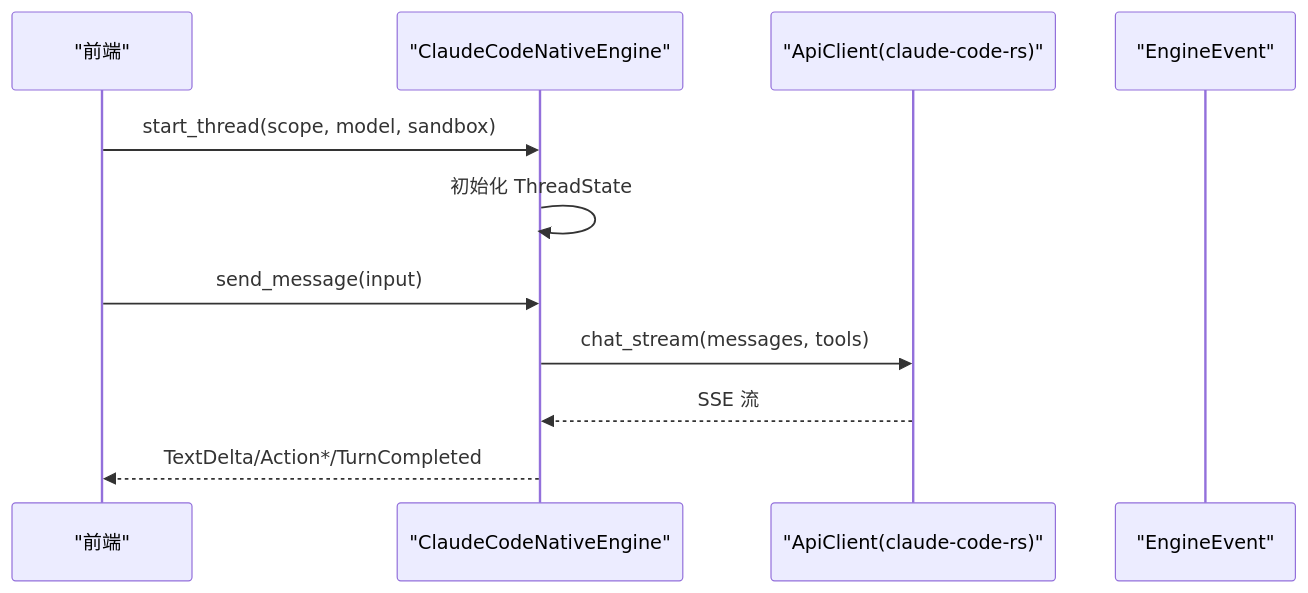
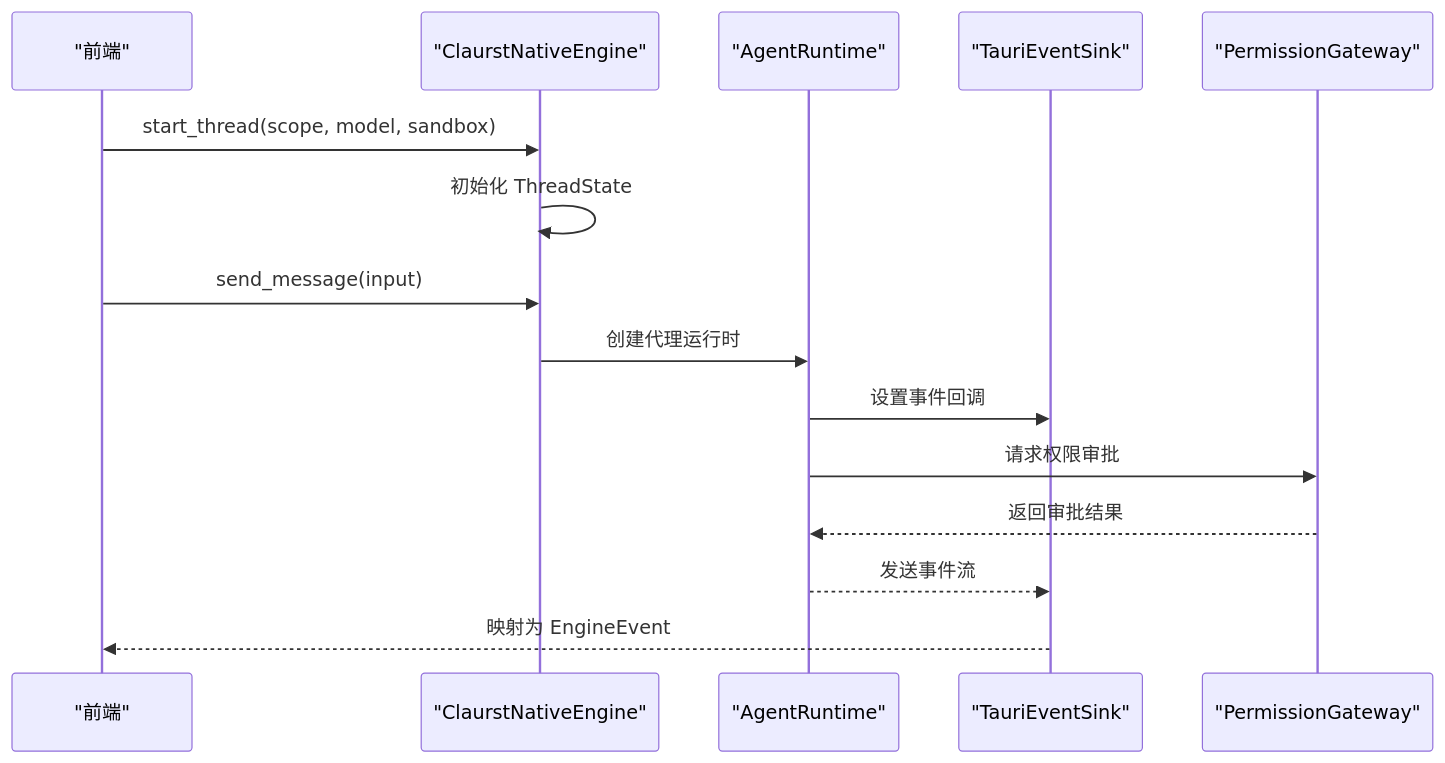
The sixth of 10 diagrams in .qoder/repowiki/zh/content/AI 引擎管理/引擎架构设计.md (yattin/panes), drawn with Mermaid before and after one commit. The commit also changed other lines of this file and 45 other files, not shown here.

````diff
--- a/.qoder/repowiki/zh/content/AI 引擎管理/引擎架构设计.md
+++ b/.qoder/repowiki/zh/content/AI 引擎管理/引擎架构设计.md
@@ -305,13 +206,17 @@
 ```mermaid
 sequenceDiagram
 participant FE as "前端"
-participant CN as "ClaudeCodeNativeEngine"
-participant API as "ApiClient(claude-code-rs)"
-participant EV as "EngineEvent"
+participant CN as "ClaurstNativeEngine"
+participant AR as "AgentRuntime"
+participant TE as "TauriEventSink"
+participant PE as "PermissionGateway"
 FE->>CN : start_thread(scope, model, sandbox)
 CN->>CN : 初始化 ThreadState
 FE->>CN : send_message(input)
-CN->>API : chat_stream(messages, tools)
-API-->>CN : SSE 流
-CN-->>FE : TextDelta/Action*/TurnCompleted
+CN->>AR : 创建代理运行时
+AR->>TE : 设置事件回调
+AR->>PE : 请求权限审批
+PE-->>AR : 返回审批结果
+AR-->>TE : 发送事件流
+TE-->>FE : 映射为 EngineEvent
 ```
````
